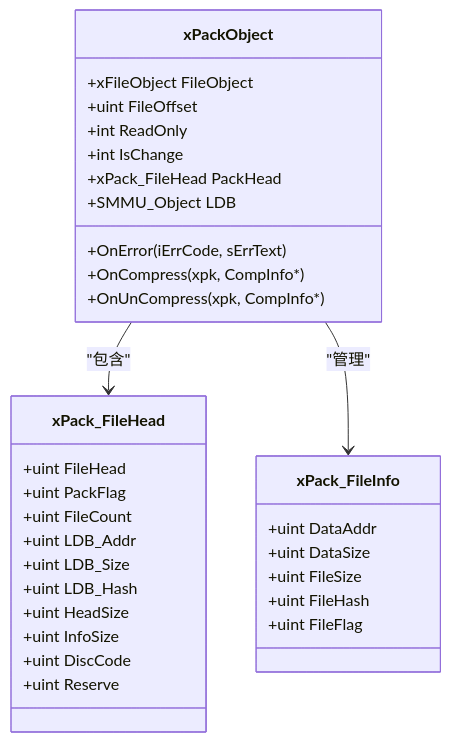
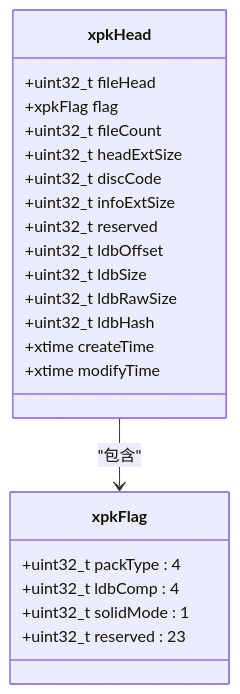
The second of 8 diagrams in .qoder/repowiki/zh/content/API参考手册/核心API函数.md (xywhsoft/xpack), drawn with Mermaid before and after one commit. The commit also changed other lines of this file and 23 other files, not shown here.

````diff
--- a/.qoder/repowiki/zh/content/API参考手册/核心API函数.md
+++ b/.qoder/repowiki/zh/content/API参考手册/核心API函数.md
@@ -78,35 +98,25 @@
 ```mermaid
 classDiagram
-class xPackObject {
-+xFileObject FileObject
-+uint FileOffset
-+int ReadOnly
-+int IsChange
-+xPack_FileHead PackHead
-+SMMU_Object LDB
-+OnError(iErrCode, sErrText)
-+OnCompress(xpk, CompInfo*)
-+OnUnCompress(xpk, CompInfo*)
+class xpkHead {
++uint32_t fileHead
++xpkFlag flag
++uint32_t fileCount
++uint32_t headExtSize
++uint32_t discCode
++uint32_t infoExtSize
++uint32_t reserved
++uint32_t ldbOffset
++uint32_t ldbSize
++uint32_t ldbRawSize
++uint32_t ldbHash
++xtime createTime
++xtime modifyTime
 }
-class xPack_FileHead {
-+uint FileHead
-+uint PackFlag
-+uint FileCount
-+uint LDB_Addr
-+uint LDB_Size
-+uint LDB_Hash
-+uint HeadSize
-+uint InfoSize
-+uint DiscCode
-+uint Reserve
+class xpkFlag {
++uint32_t packType : 4
++uint32_t ldbComp : 4
++uint32_t solidMode : 1
++uint32_t reserved : 23
 }
-class xPack_FileInfo {
-+uint DataAddr
-+uint DataSize
-+uint FileSize
-+uint FileHash
-+uint FileFlag
-}
-xPackObject --> xPack_FileHead : "包含"
-xPackObject --> xPack_FileInfo : "管理"
+xpkHead --> xpkFlag : "包含"
 ```
````
